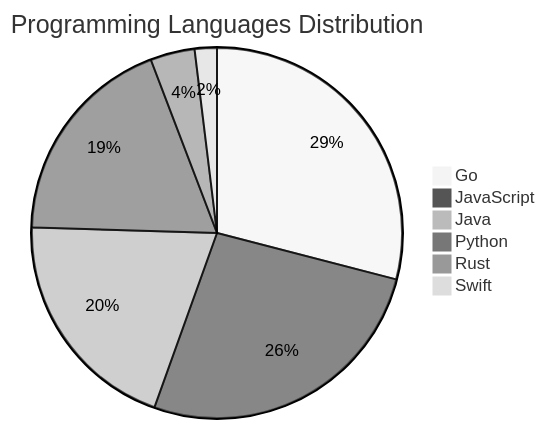
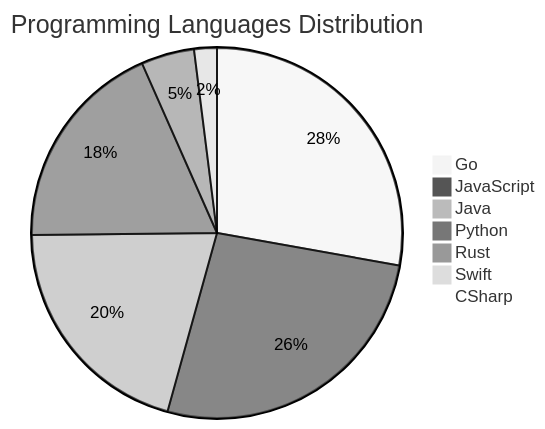
One commit to Derrick-MUGISHA/github-activity-bot changed the diagram in README.md. Above: the diagram before and after it, drawn with Mermaid (neutral theme). The commit also changed other lines of this file and 4 other files, not shown here.

````diff
--- a/README.md
+++ b/README.md
@@ -206,9 +207,10 @@
 ```mermaid
 pie title Programming Languages Distribution
-    "Go" : 45
-    "JavaScript" : 41
+    "Go" : 42
+    "JavaScript" : 40
     "Java" : 31
-    "Python" : 29
-    "Rust" : 6
+    "Python" : 28
+    "Rust" : 7
     "Swift" : 3
+    "CSharp" : 1
 ```
````
